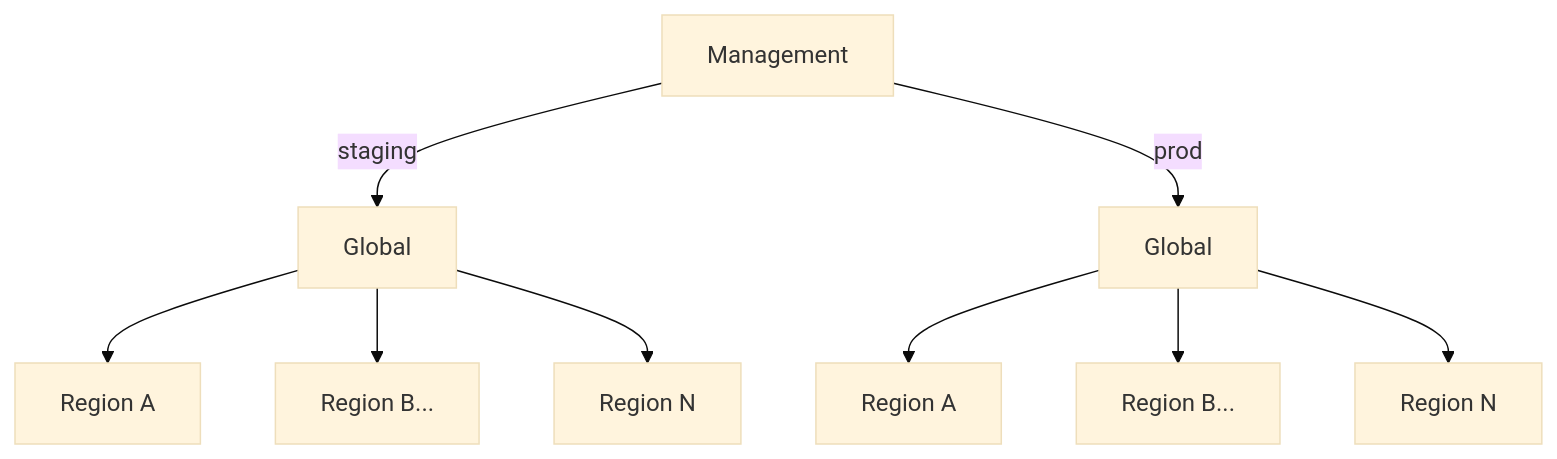
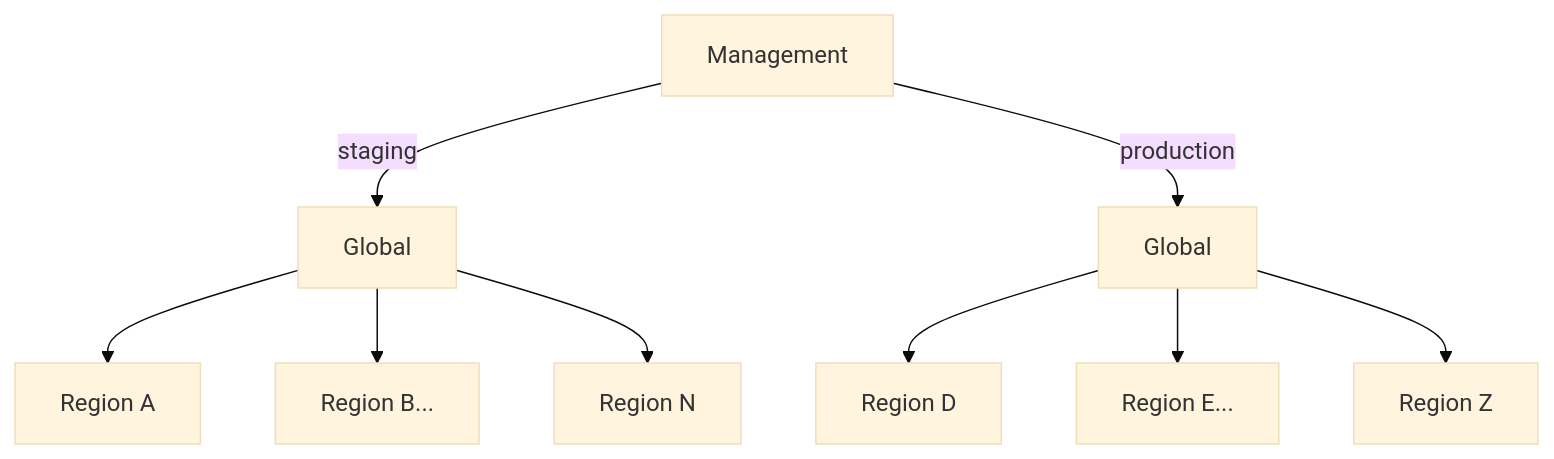
One commit to rackerlabs/understack changed the second of 2 diagrams in docs/deploy-guide/index.md. Above: the diagram before and after it, drawn with Mermaid (base theme). The commit also changed other lines of this file, not shown here.

````diff
--- a/docs/deploy-guide/index.md
+++ b/docs/deploy-guide/index.md
@@ -45,12 +48,12 @@
 ```mermaid
 flowchart TD
 
   A[Management] --> |staging| B[Global];
   B[Global] --> C[Region A];
   B[Global] --> D[Region B...];
   B[Global] --> E[Region N];
-  A[Management] --> |prod| F[Global];
-  F[Global] --> G[Region A];
-  F[Global] --> H[Region B...];
-  F[Global] --> I[Region N];
+  A[Management] --> |production| F[Global];
+  F[Global] --> G[Region D];
+  F[Global] --> H[Region E...];
+  F[Global] --> I[Region Z];
 ```
````
